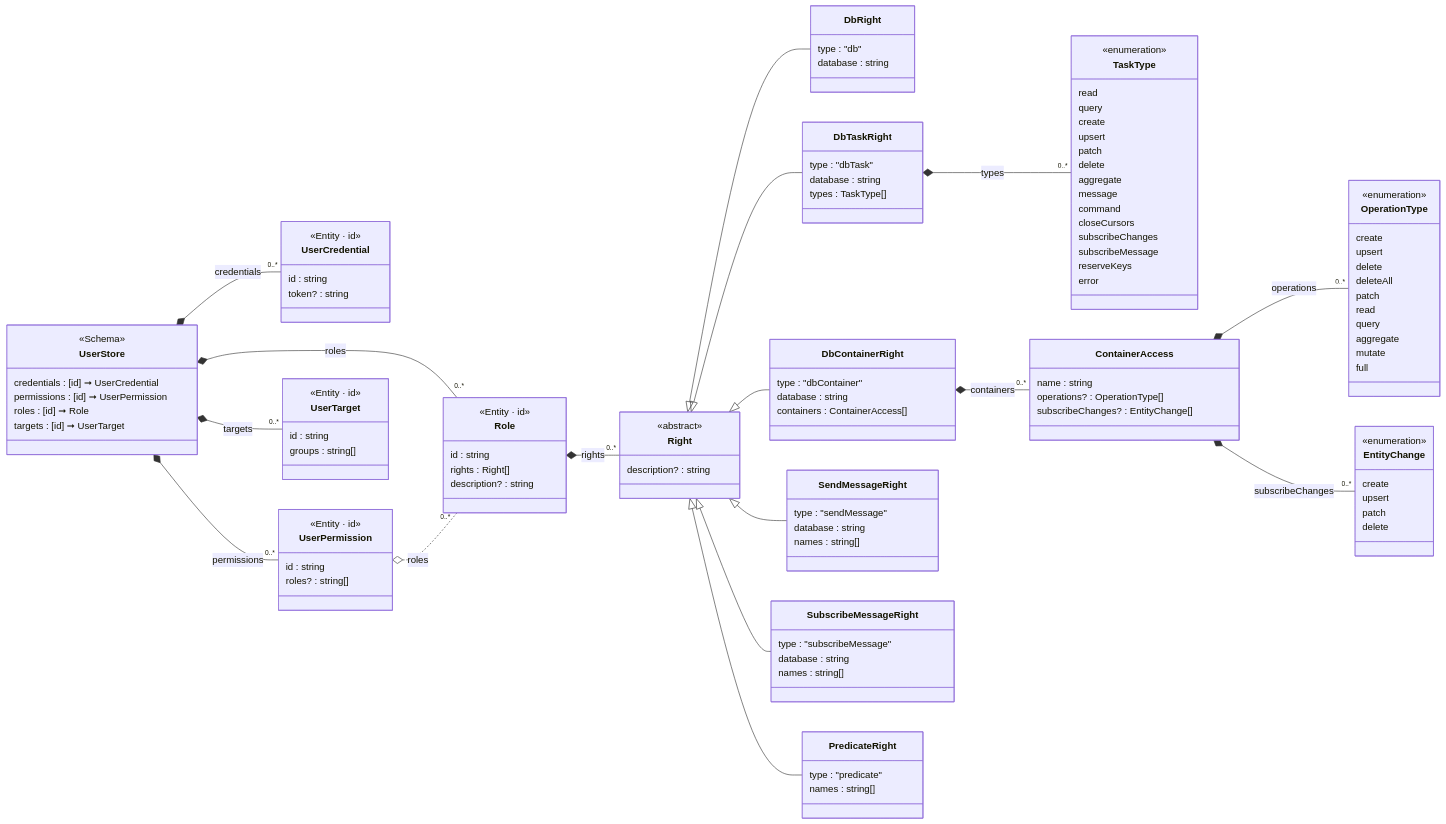
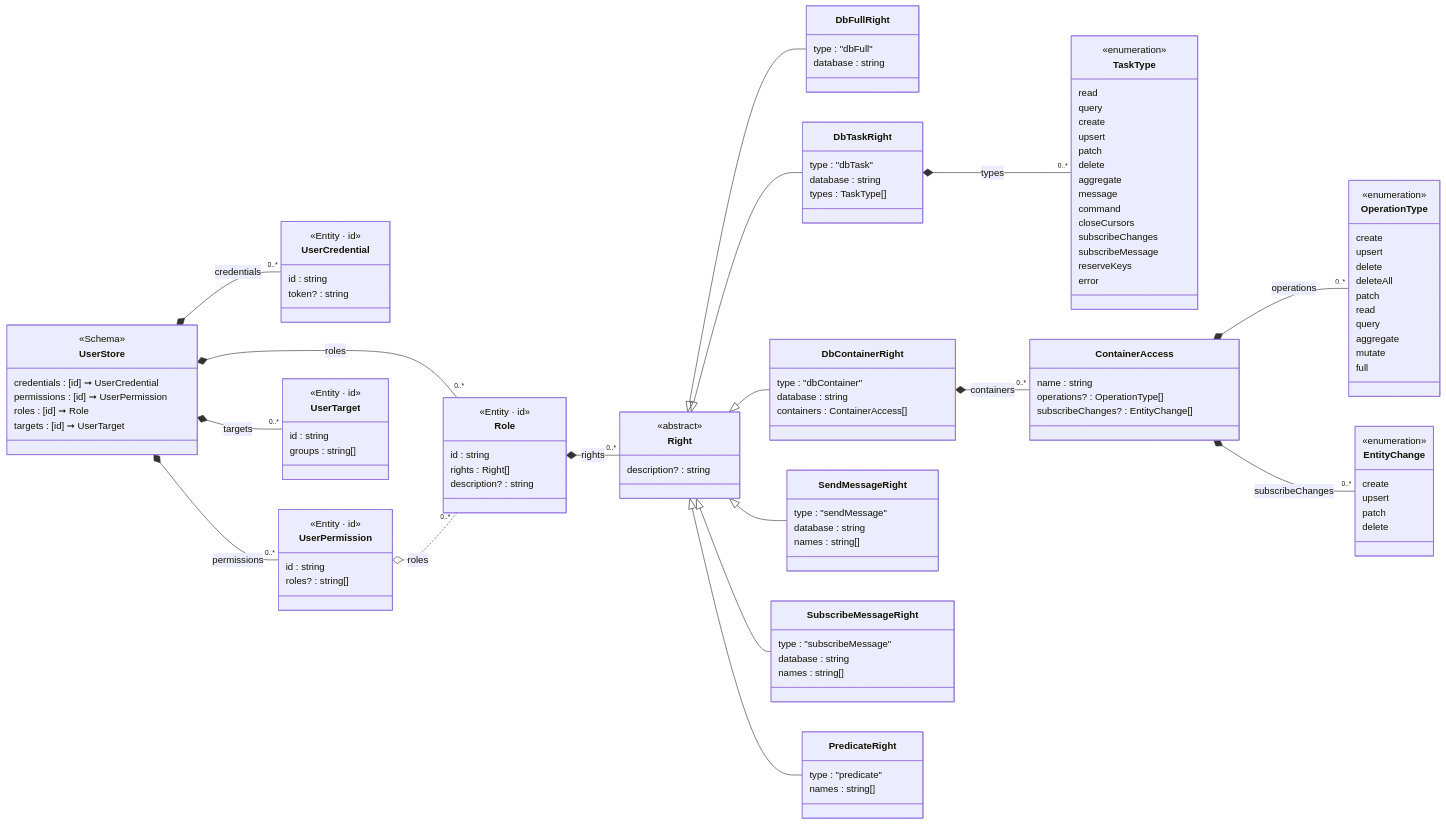
One commit to friflo/Friflo.Json.Fliox changed the diagram in Json.Tests/assets~/Schema/Markdown/UserStore/class-diagram.md. Above: the diagram before and after it, drawn with Mermaid. The commit also changed 27 other files, not shown here.

```diff
--- a/Json.Tests/assets~/Schema/Markdown/UserStore/class-diagram.md
+++ b/Json.Tests/assets~/Schema/Markdown/UserStore/class-diagram.md
@@ -49,9 +49,9 @@
     description? : string
 }
 
-Right <|-- DbRight
-class DbRight {
-    type         : "db"
+Right <|-- DbFullRight
+class DbFullRight {
+    type         : "dbFull"
     database     : string
 }
 
```
